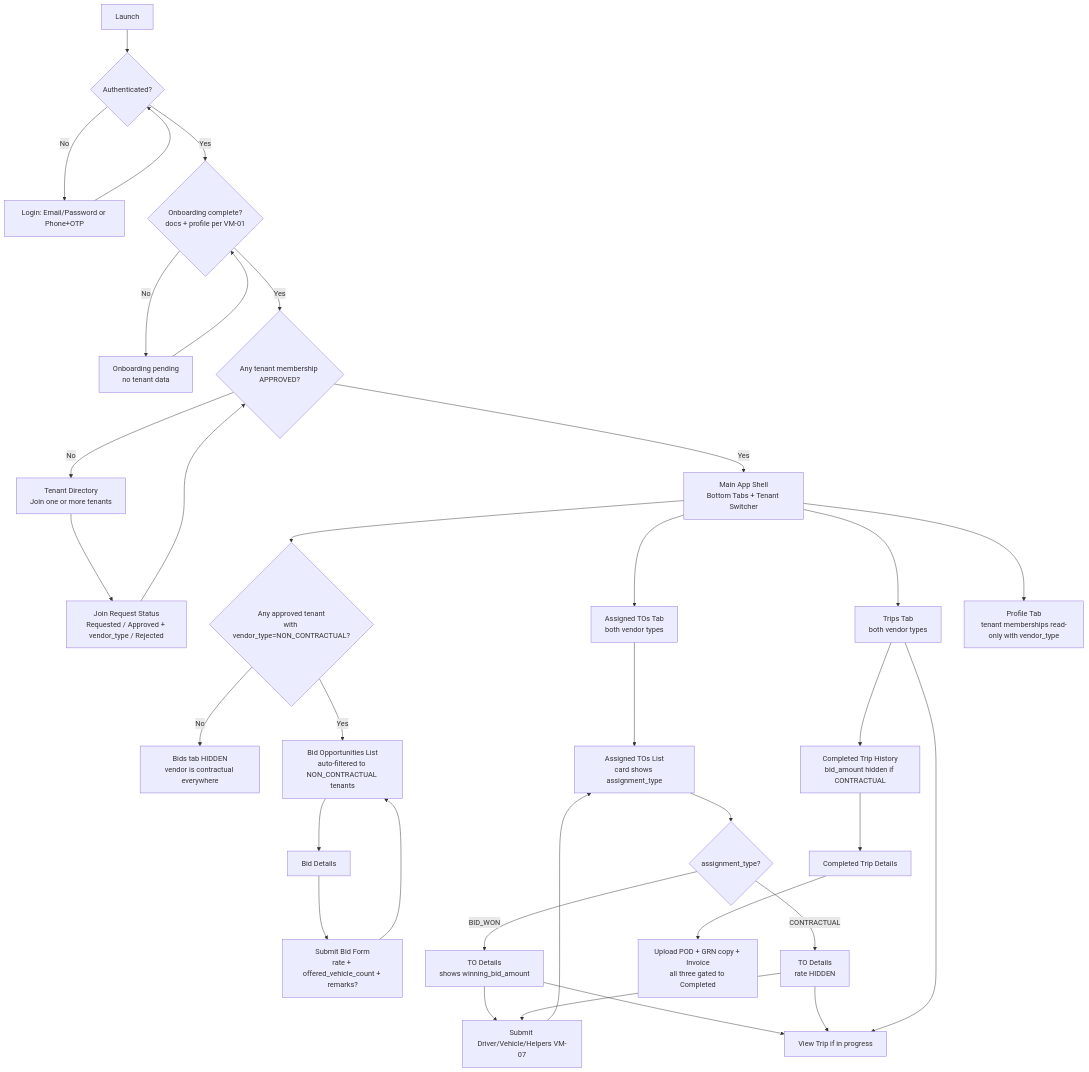
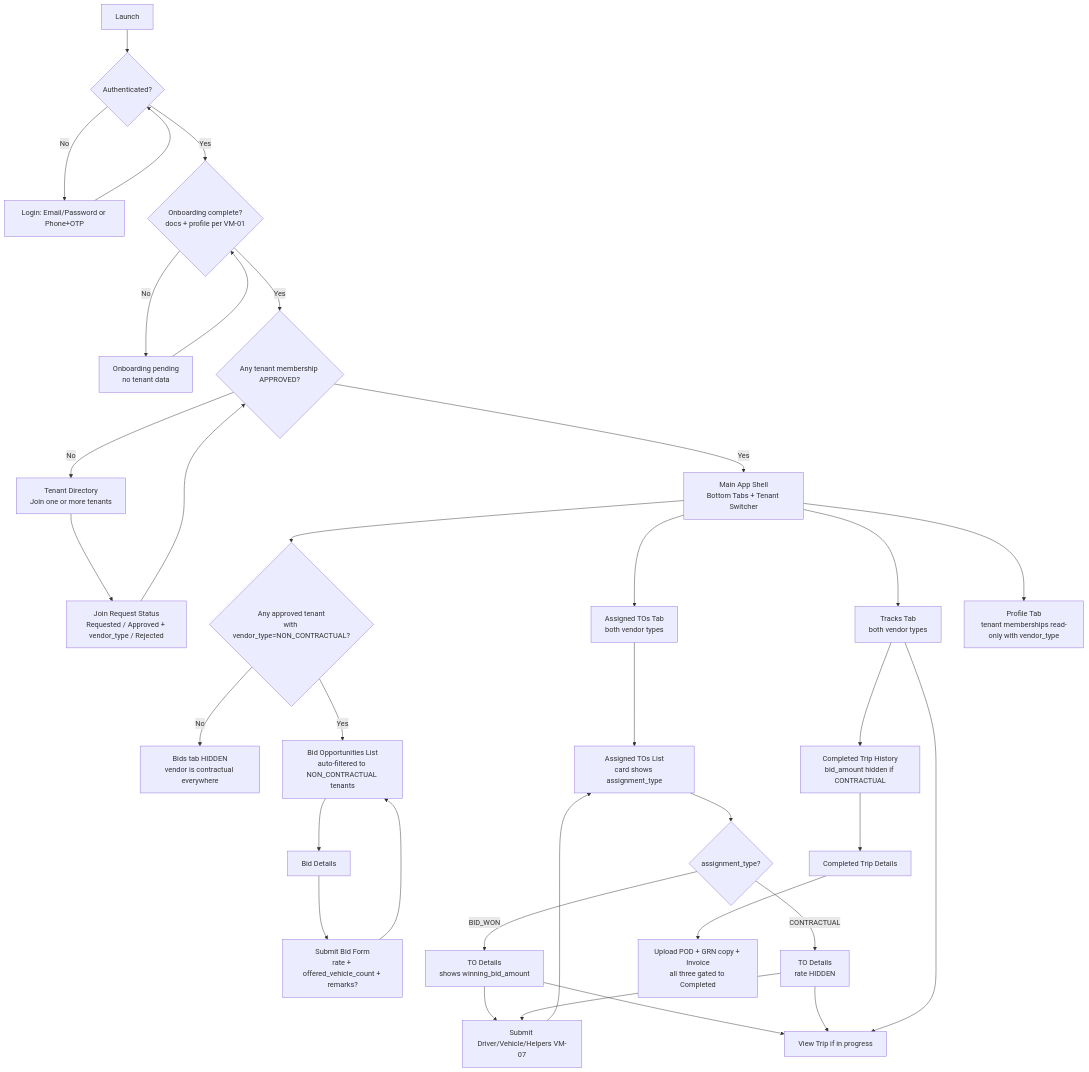
One commit to sbu-europe/dfms-naming-campaign changed the first of 3 diagrams in 05-modules/09-mobile-apps/vendor-mobile/00-navigation-and-information-architecture.md. Above: the diagram before and after it, drawn with Mermaid. The commit also changed other lines of this file and 8 other files, not shown here.

First line of the commit message:
docs(vendor-mobile): rename Trips module and navigation tab to Tracks

````diff
--- a/05-modules/09-mobile-apps/vendor-mobile/00-navigation-and-information-architecture.md
+++ b/05-modules/09-mobile-apps/vendor-mobile/00-navigation-and-information-architecture.md
@@ -167,43 +167,43 @@
 ```mermaid
 flowchart TD
   A[Launch] --> B{Authenticated?}
   B -- No --> L[Login: Email/Password or Phone+OTP]
   L --> B
 
   B -- Yes --> V{Onboarding complete?<br/>docs + profile per VM-01}
   V -- No --> VP[Onboarding pending<br/>no tenant data]
   VP --> V
 
   V -- Yes --> T{Any tenant membership APPROVED?}
   T -- No --> TDY[Tenant Directory<br/>Join one or more tenants]
   TDY --> TRQ[Join Request Status<br/>Requested / Approved + vendor_type / Rejected]
   TRQ --> T
 
   T -- Yes --> H[Main App Shell<br/>Bottom Tabs + Tenant Switcher]
 
   H --> BIDS{Any approved tenant<br/>with vendor_type=NON_CONTRACTUAL?}
   BIDS -- No --> HIDE_BIDS[Bids tab HIDDEN<br/>vendor is contractual everywhere]
   BIDS -- Yes --> BL[Bid Opportunities List<br/>auto-filtered to NON_CONTRACTUAL tenants]
   BL --> BD[Bid Details]
   BD --> BS[Submit Bid Form<br/>rate + offered_vehicle_count + remarks?]
   BS --> BL
 
   H --> ATO[Assigned TOs Tab<br/>both vendor types]
   ATO --> AL[Assigned TOs List<br/>card shows assignment_type]
   AL --> AD{assignment_type?}
   AD -- BID_WON --> ADV1[TO Details<br/>shows winning_bid_amount]
   AD -- CONTRACTUAL --> ADV2[TO Details<br/>rate HIDDEN]
   ADV1 --> PAA[Submit Driver/Vehicle/Helpers VM-07]
   ADV2 --> PAA
   PAA --> AL
   ADV1 --> AT[View Trip if in progress]
   ADV2 --> AT
 
-  H --> TR[Trips Tab<br/>both vendor types]
+  H --> TR[Tracks Tab<br/>both vendor types]
   TR --> AT
   TR --> CH[Completed Trip History<br/>bid_amount hidden if CONTRACTUAL]
   CH --> CTD[Completed Trip Details]
   CTD --> UP[Upload POD + GRN copy + Invoice<br/>all three gated to Completed]
 
   H --> PR[Profile Tab<br/>tenant memberships read-only with vendor_type]
 ```
````
